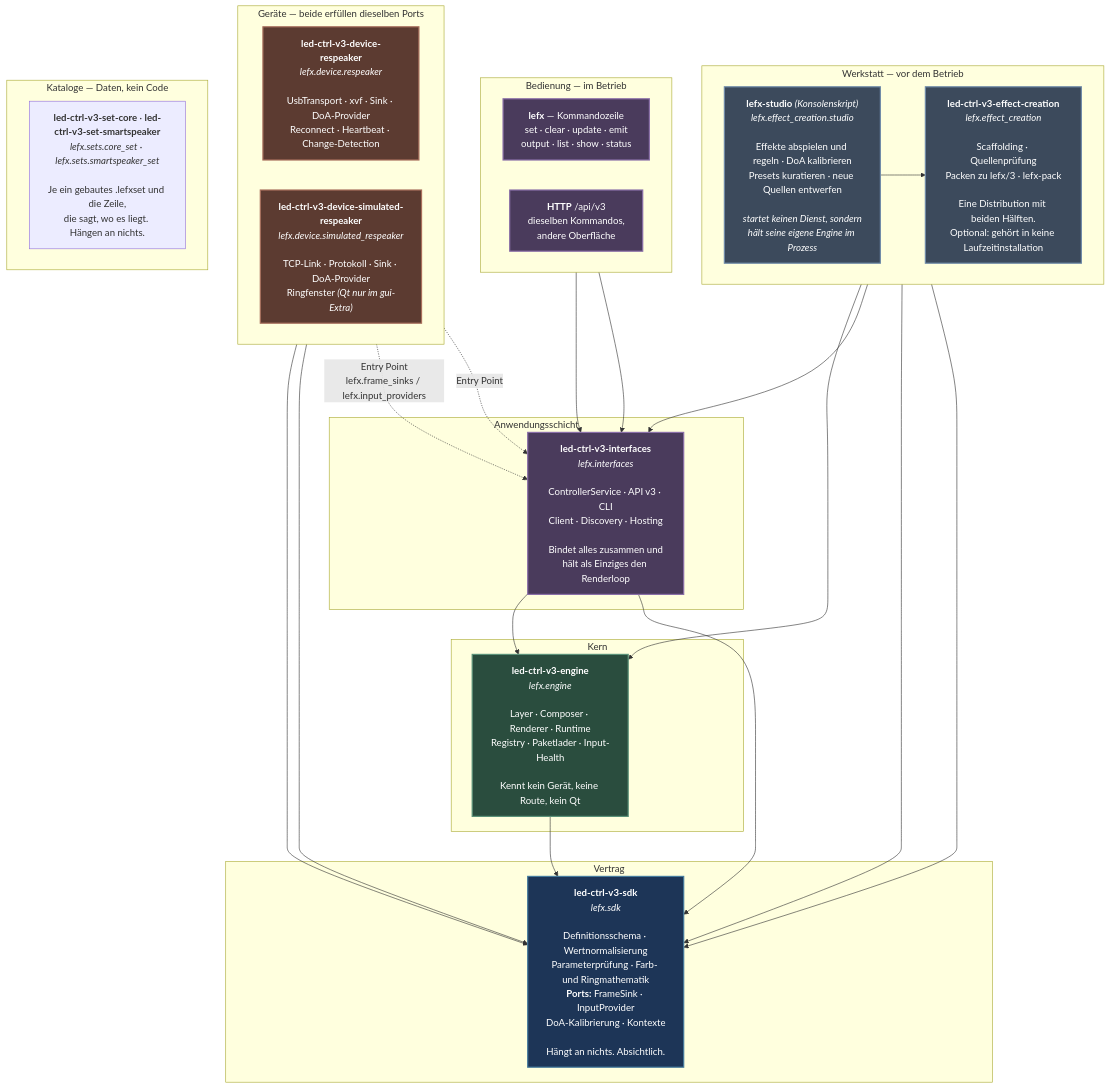
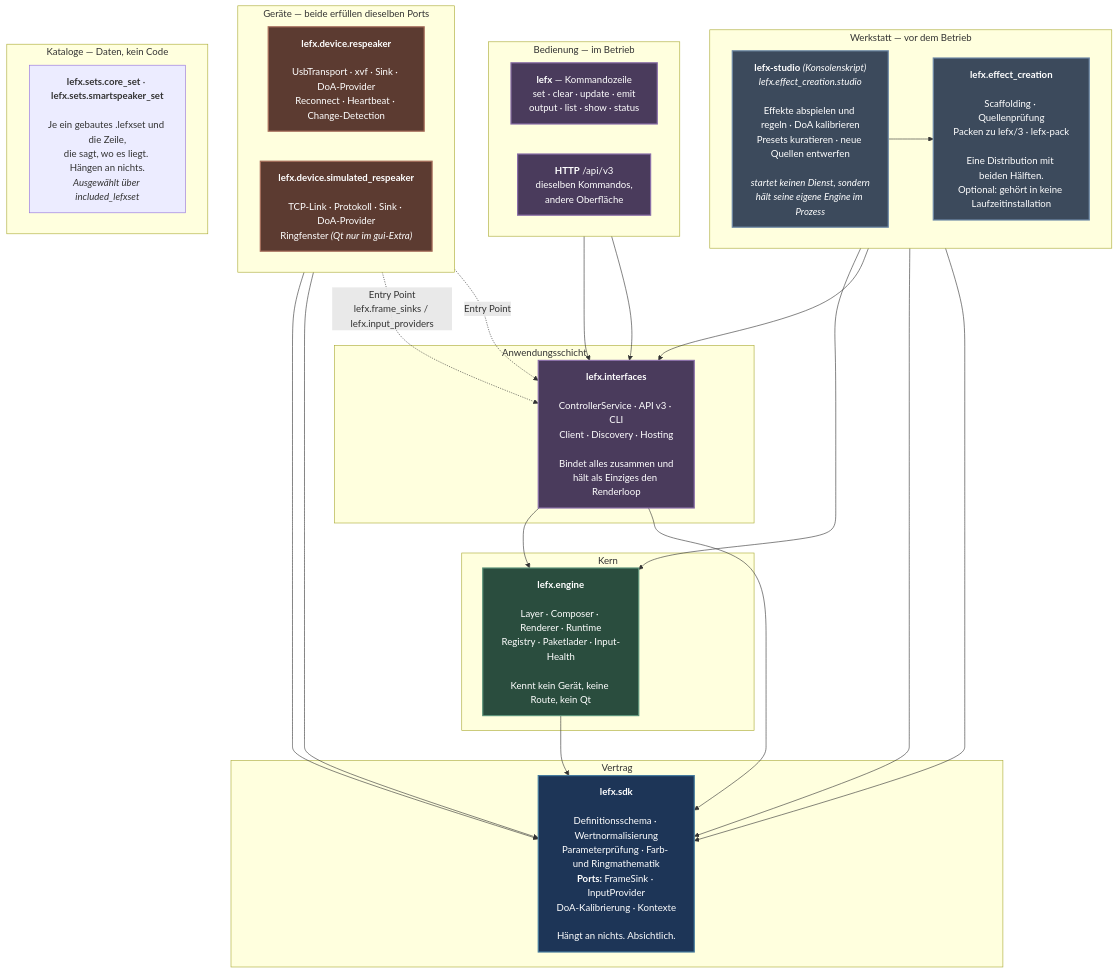
One commit to marcosudau-vps/led_controller_respeaker-v3 changed the first of 5 diagrams in docs/index.md. Above: the diagram before and after it, drawn with Mermaid. The commit also changed other lines of this file and 78 other files, not shown here.

````diff
--- a/docs/index.md
+++ b/docs/index.md
@@ -12,66 +12,66 @@
 ```mermaid
 flowchart TB
     classDef contract fill:#1d3557,stroke:#457b9d,color:#fff,stroke-width:2px
     classDef core fill:#2a4d3e,stroke:#5b9279,color:#fff,stroke-width:2px
     classDef app fill:#4a3b5c,stroke:#8a6fa8,color:#fff,stroke-width:2px
     classDef device fill:#5c3b31,stroke:#a86f5c,color:#fff,stroke-width:2px
     classDef tool fill:#3c4a5c,stroke:#6f8aa8,color:#fff,stroke-width:2px
 
     subgraph BEDIENUNG["Bedienung — im Betrieb"]
         direction LR
         CLI["<b>lefx</b> — Kommandozeile<br/>set · clear · update · emit<br/>output · list · show · status"]
         REST["<b>HTTP</b> /api/v3<br/>dieselben Kommandos,<br/>andere Oberfläche"]
     end
 
     subgraph ANWENDUNG["Anwendungsschicht"]
-        IFACE["<b>led-ctrl-v3-interfaces</b><br/><i>lefx.interfaces</i><br/><br/>ControllerService · API v3 · CLI<br/>Client · Discovery · Hosting<br/><br/>Bindet alles zusammen und<br/>hält als Einziges den Renderloop"]
+        IFACE["<b>lefx.interfaces</b><br/><br/>ControllerService · API v3 · CLI<br/>Client · Discovery · Hosting<br/><br/>Bindet alles zusammen und<br/>hält als Einziges den Renderloop"]
     end
 
     subgraph WERKZEUG["Werkstatt — vor dem Betrieb"]
         direction LR
         GUI["<b>lefx-studio</b> <i>(Konsolenskript)</i><br/><i>lefx.effect_creation.studio</i><br/><br/>Effekte abspielen und regeln · DoA kalibrieren<br/>Presets kuratieren · neue Quellen entwerfen<br/><br/><i>startet keinen Dienst, sondern<br/>hält seine eigene Engine im Prozess</i>"]
-        AUTH["<b>led-ctrl-v3-effect-creation</b><br/><i>lefx.effect_creation</i><br/><br/>Scaffolding · Quellenprüfung<br/>Packen zu lefx/3 · lefx-pack<br/><br/>Eine Distribution mit beiden Hälften.<br/>Optional: gehört in keine Laufzeitinstallation"]
+        AUTH["<b>lefx.effect_creation</b><br/><br/>Scaffolding · Quellenprüfung<br/>Packen zu lefx/3 · lefx-pack<br/><br/>Eine Distribution mit beiden Hälften.<br/>Optional: gehört in keine Laufzeitinstallation"]
     end
 
     subgraph KERN["Kern"]
-        ENGINE["<b>led-ctrl-v3-engine</b><br/><i>lefx.engine</i><br/><br/>Layer · Composer · Renderer · Runtime<br/>Registry · Paketlader · Input-Health<br/><br/>Kennt kein Gerät, keine Route, kein Qt"]
+        ENGINE["<b>lefx.engine</b><br/><br/>Layer · Composer · Renderer · Runtime<br/>Registry · Paketlader · Input-Health<br/><br/>Kennt kein Gerät, keine Route, kein Qt"]
     end
 
     subgraph VERTRAG["Vertrag"]
-        SDK["<b>led-ctrl-v3-sdk</b><br/><i>lefx.sdk</i><br/><br/>Definitionsschema · Wertnormalisierung<br/>Parameterprüfung · Farb- und Ringmathematik<br/><b>Ports:</b> FrameSink · InputProvider<br/>DoA-Kalibrierung · Kontexte<br/><br/>Hängt an nichts. Absichtlich."]
+        SDK["<b>lefx.sdk</b><br/><br/>Definitionsschema · Wertnormalisierung<br/>Parameterprüfung · Farb- und Ringmathematik<br/><b>Ports:</b> FrameSink · InputProvider<br/>DoA-Kalibrierung · Kontexte<br/><br/>Hängt an nichts. Absichtlich."]
     end
 
     subgraph GERAETE["Geräte — beide erfüllen dieselben Ports"]
         direction LR
-        DEV["<b>led-ctrl-v3-device-respeaker</b><br/><i>lefx.device.respeaker</i><br/><br/>UsbTransport · xvf · Sink · DoA-Provider<br/>Reconnect · Heartbeat · Change-Detection"]
-        SIM["<b>led-ctrl-v3-device-simulated-respeaker</b><br/><i>lefx.device.simulated_respeaker</i><br/><br/>TCP-Link · Protokoll · Sink · DoA-Provider<br/>Ringfenster <i>(Qt nur im gui-Extra)</i>"]
+        DEV["<b>lefx.device.respeaker</b><br/><br/>UsbTransport · xvf · Sink · DoA-Provider<br/>Reconnect · Heartbeat · Change-Detection"]
+        SIM["<b>lefx.device.simulated_respeaker</b><br/><br/>TCP-Link · Protokoll · Sink · DoA-Provider<br/>Ringfenster <i>(Qt nur im gui-Extra)</i>"]
     end
 
     subgraph KATALOG["Kataloge — Daten, kein Code"]
-        SETS["<b>led-ctrl-v3-set-core</b> · <b>led-ctrl-v3-set-smartspeaker</b><br/><i>lefx.sets.core_set</i> · <i>lefx.sets.smartspeaker_set</i><br/><br/>Je ein gebautes .lefxset und die Zeile,<br/>die sagt, wo es liegt. Hängen an nichts."]
+        SETS["<b>lefx.sets.core_set</b> · <b>lefx.sets.smartspeaker_set</b><br/><br/>Je ein gebautes .lefxset und die Zeile,<br/>die sagt, wo es liegt. Hängen an nichts.<br/><i>Ausgewählt über included_lefxset</i>"]
     end
 
     CLI --> IFACE
     REST --> IFACE
 
     IFACE --> ENGINE
     AUTH --> ENGINE
     GUI --> AUTH
     GUI --> IFACE
     ENGINE --> SDK
     IFACE --> SDK
     AUTH --> SDK
     GUI --> SDK
 
     DEV --> SDK
     SIM --> SDK
 
     DEV -.->|"Entry Point<br/>lefx.frame_sinks / lefx.input_providers"| IFACE
     SIM -.->|"Entry Point"| IFACE
 
     class SDK contract
     class ENGINE core
     class IFACE,CLI,REST app
     class GUI,AUTH tool
     class DEV,SIM device
 ```
````
